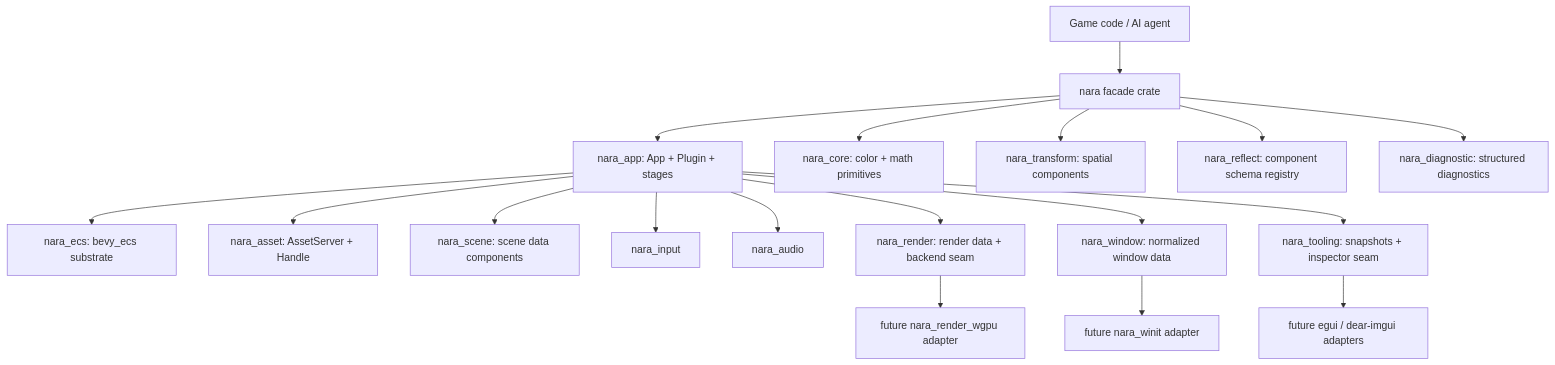
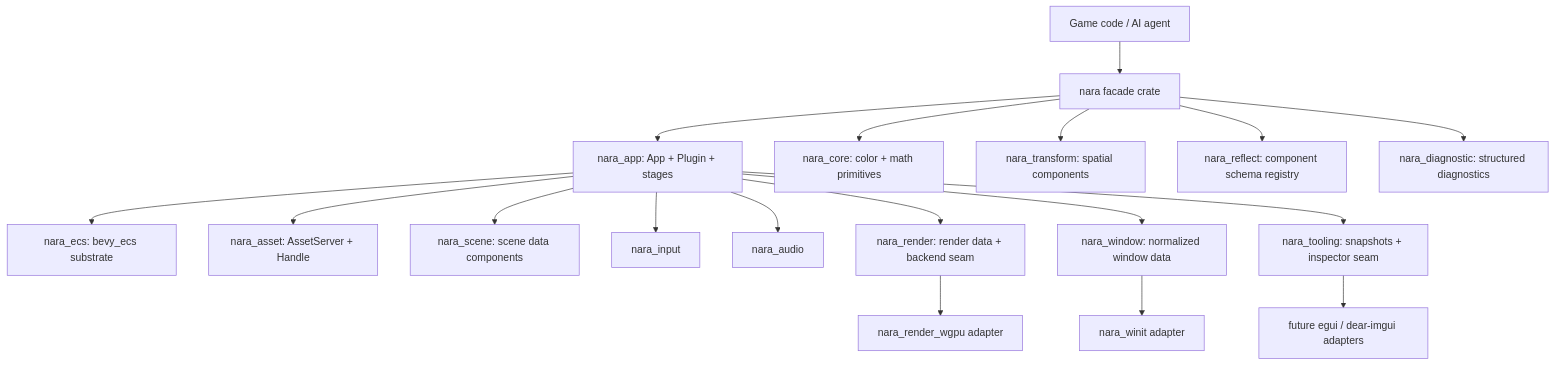
Before and after one commit to Latias94/nara: the first of 2 diagrams in docs/architecture/nara-foundation.md, drawn with Mermaid. The commit also changed other lines of this file and 7 other files, not shown here.

````diff
--- a/docs/architecture/nara-foundation.md
+++ b/docs/architecture/nara-foundation.md
@@ -37,20 +37,20 @@
 ```mermaid
 flowchart TD
     User[Game code / AI agent] --> Facade[nara facade crate]
     Facade --> App[nara_app: App + Plugin + stages]
     App --> ECS[nara_ecs: bevy_ecs substrate]
     Facade --> Core[nara_core: color + math primitives]
     Facade --> Transform[nara_transform: spatial components]
     Facade --> Reflect[nara_reflect: component schema registry]
     Facade --> Diagnostic[nara_diagnostic: structured diagnostics]
     App --> Asset[nara_asset: AssetServer + Handle]
     App --> Scene[nara_scene: scene data components]
     App --> Input[nara_input]
     App --> Audio[nara_audio]
     App --> Render[nara_render: render data + backend seam]
     App --> Window[nara_window: normalized window data]
-    Window --> WinitAdapter[future nara_winit adapter]
+    Window --> WinitAdapter[nara_winit adapter]
     App --> Tooling[nara_tooling: snapshots + inspector seam]
-    Render --> WgpuAdapter[future nara_render_wgpu adapter]
+    Render --> WgpuAdapter[nara_render_wgpu adapter]
     Tooling --> DebugUi[future egui / dear-imgui adapters]
 ```
````
